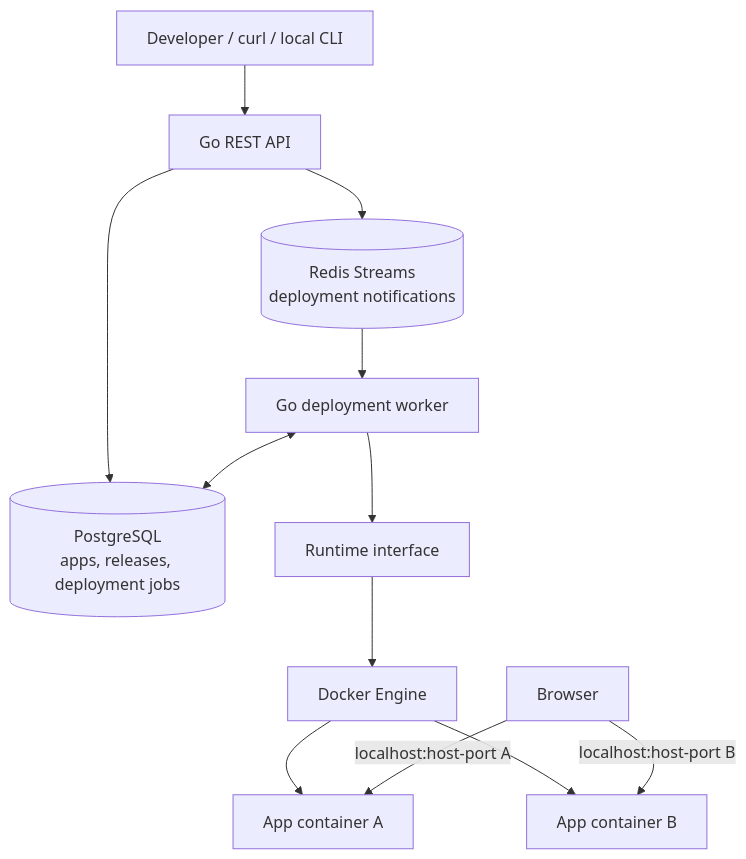
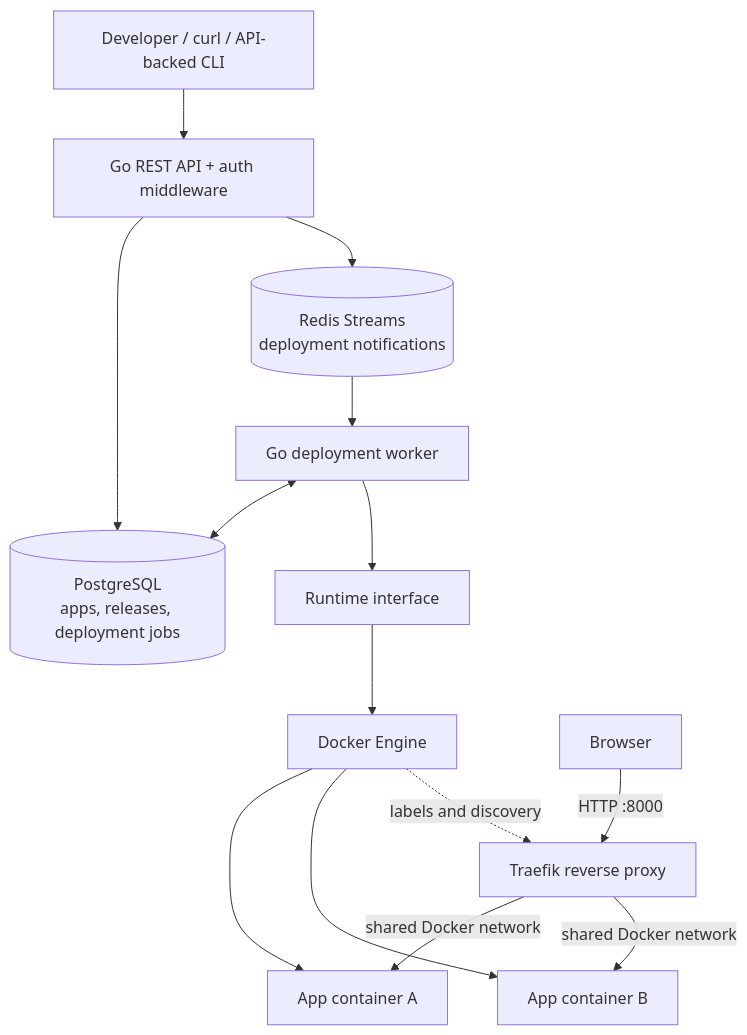
The first of 2 diagrams in README.md (vietdinh06/launchpad), drawn with Mermaid before and after one commit. The commit also changed other lines of this file, not shown here.

````diff
--- a/README.md
+++ b/README.md
@@ -36,14 +38,16 @@
 ```mermaid
 flowchart TD
-    Developer[Developer / curl / local CLI] --> API[Go REST API]
+    Developer[Developer / curl / API-backed CLI] --> API[Go REST API + auth middleware]
     API --> PG[(PostgreSQL\napps, releases, deployment jobs)]
     API --> Redis[(Redis Streams\ndeployment notifications)]
     Redis --> Worker[Go deployment worker]
     Worker <--> PG
     Worker --> Runtime[Runtime interface]
     Runtime --> Docker[Docker Engine]
     Docker --> App1[App container A]
     Docker --> App2[App container B]
-    Browser[Browser] -->|localhost:host-port A| App1
-    Browser -->|localhost:host-port B| App2
+    Browser[Browser] -->|HTTP :8000| Proxy[Traefik reverse proxy]
+    Docker -.->|labels and discovery| Proxy
+    Proxy -->|shared Docker network| App1
+    Proxy -->|shared Docker network| App2
 ```
````
